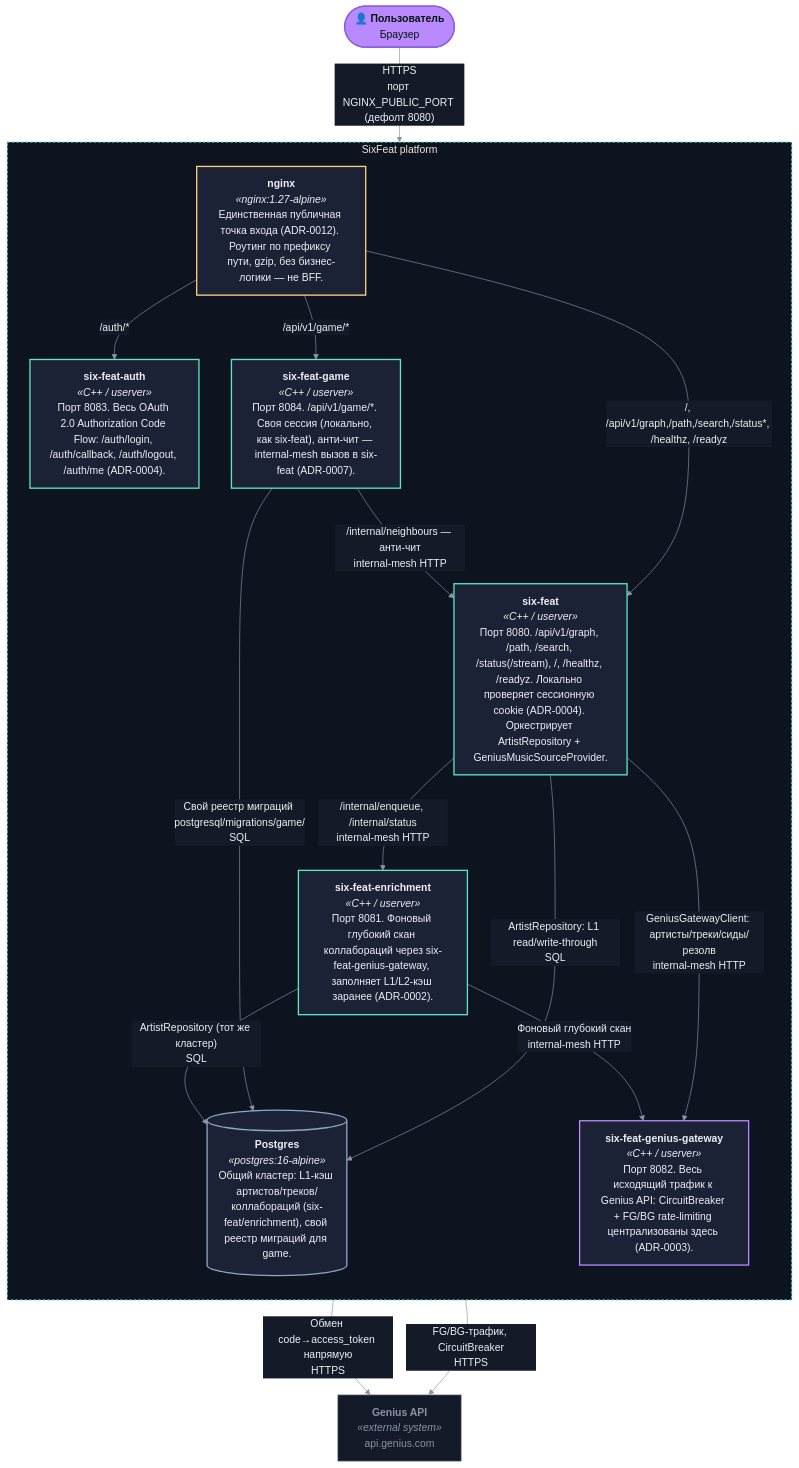
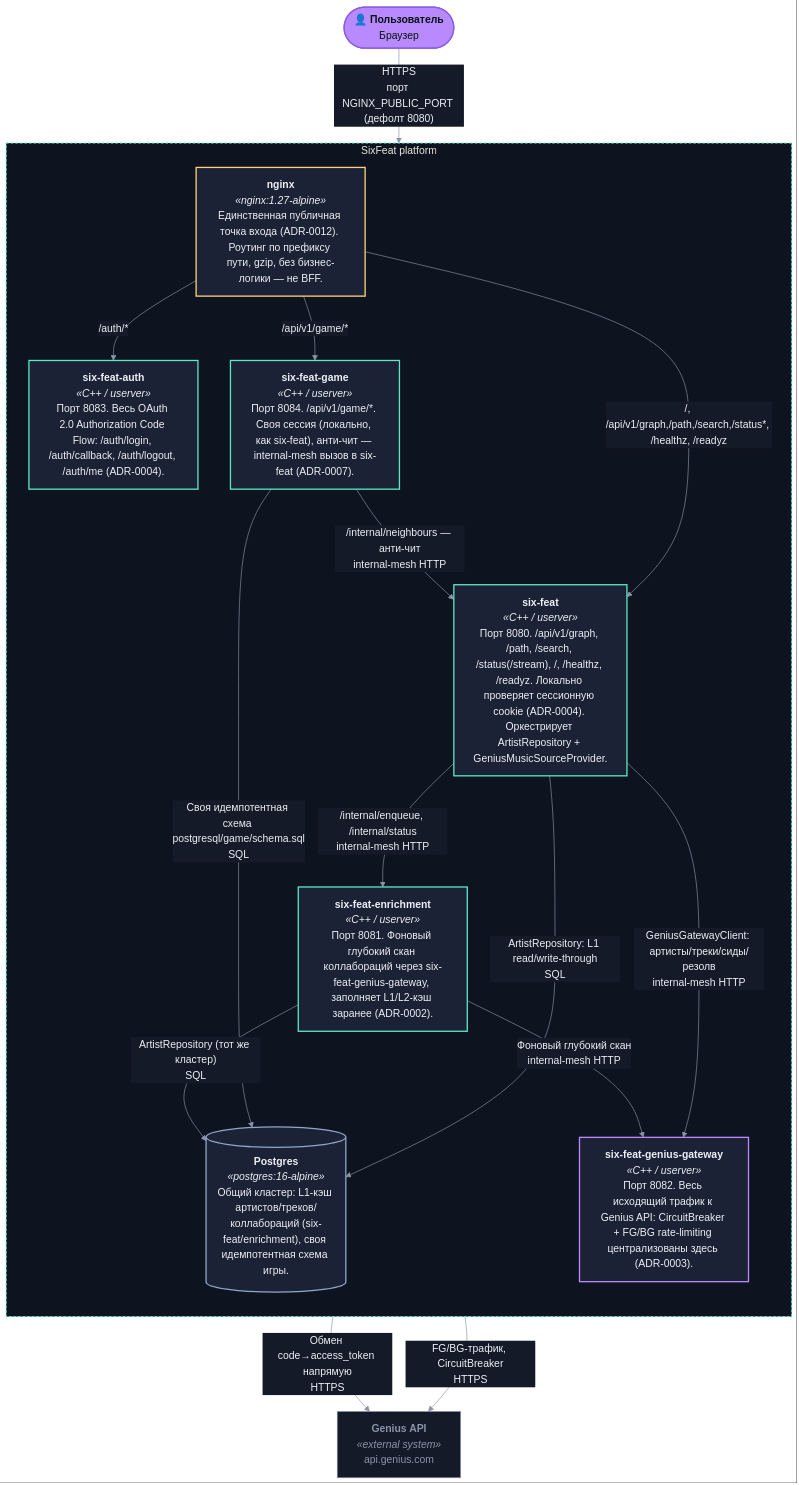
Before and after one commit to don-qu1xote/six-feat: the diagram in docs/architecture/c4-container.md, drawn with Mermaid. The commit also changed other lines of this file and 44 other files, not shown here.

```diff
--- a/docs/architecture/c4-container.md
+++ b/docs/architecture/c4-container.md
@@ -66,7 +66,7 @@
 
         postgres[("`**Postgres**
 *«postgres:16-alpine»*
-Общий кластер: L1-кэш артистов/треков/коллабораций (six-feat/enrichment), свой реестр миграций для game.`")]
+Общий кластер: L1-кэш артистов/треков/коллабораций (six-feat/enrichment), своя идемпотентная схема игры.`")]
     end
 
     genius_ext["`**Genius API**
@@ -79,7 +79,7 @@
     nginx -->|"/api/v1/game/*"| game
 
     sixfeat -->|"ArtistRepository: L1 read/write-through<br/>SQL"| postgres
-    game -->|"Свой реестр миграций postgresql/migrations/game/<br/>SQL"| postgres
+    game -->|"Своя идемпотентная схема postgresql/game/schema.sql<br/>SQL"| postgres
     enrichment -->|"ArtistRepository (тот же кластер)<br/>SQL"| postgres
 
     sixfeat -->|"GeniusGatewayClient: артисты/треки/сиды/резолв<br/>internal-mesh HTTP"| genius_gw
```
